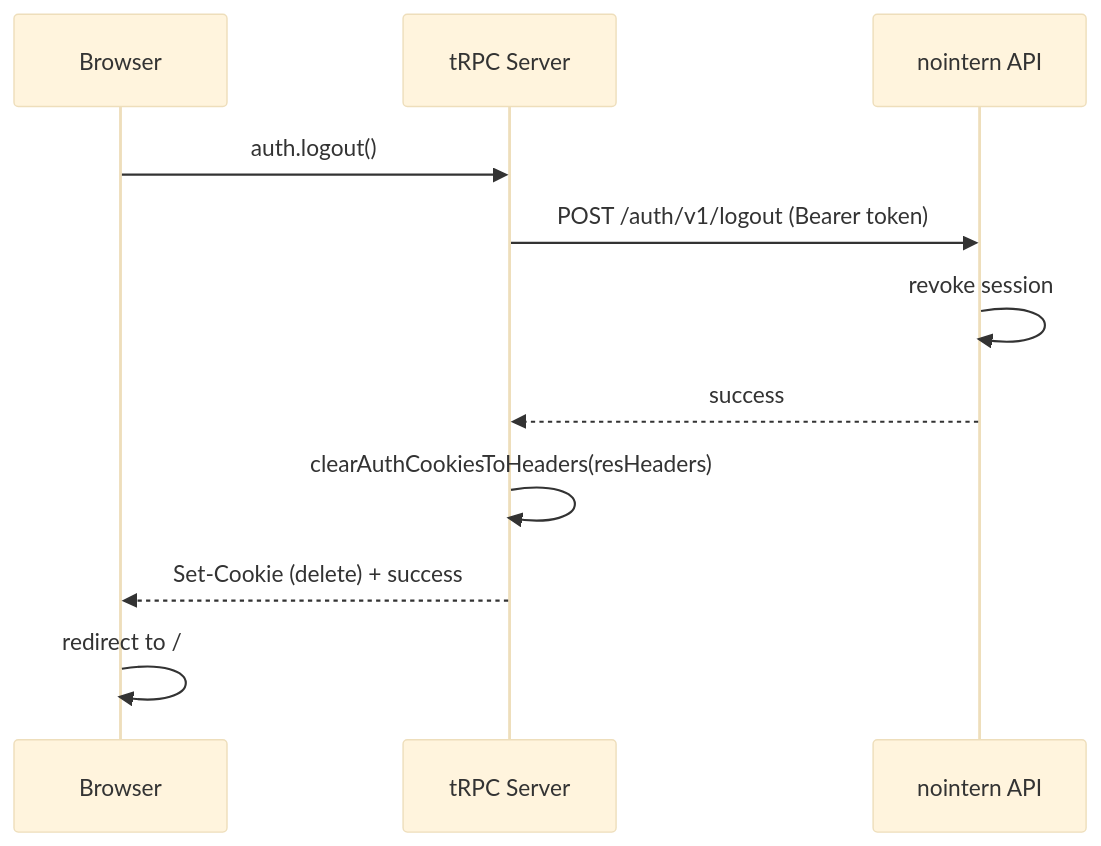
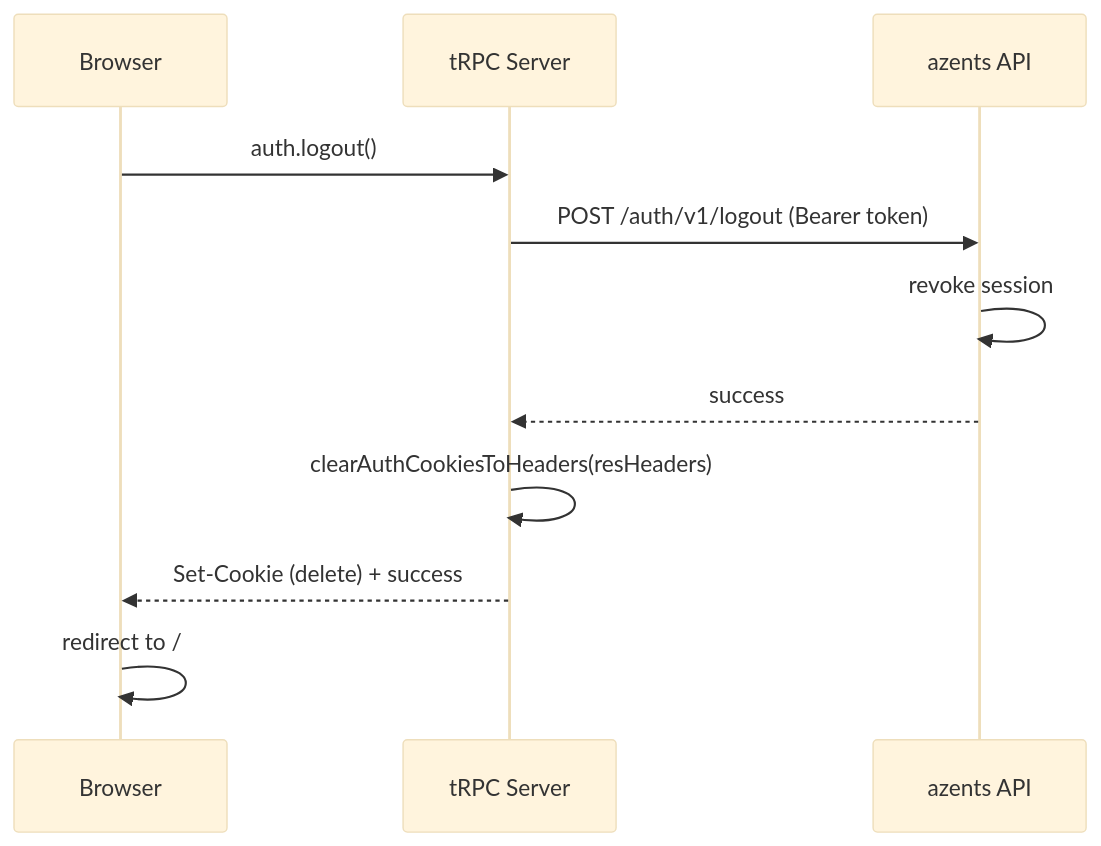
The eighth of 12 diagrams in docs/azents/design/authsnapshot-260219-auth.md (azents/azents), drawn with Mermaid (base theme) before and after one commit. The commit also changed other lines of this file and 245 other files, not shown here.

````diff
--- a/docs/azents/design/authsnapshot-260219-auth.md
+++ b/docs/azents/design/authsnapshot-260219-auth.md
@@ -251,14 +251,14 @@
 ```mermaid
 sequenceDiagram
     participant Browser as Browser
     participant tRPC as tRPC Server
-    participant API as nointern API
+    participant API as azents API
 
     Browser->>tRPC: auth.logout()
     tRPC->>API: POST /auth/v1/logout (Bearer token)
     API->>API: revoke session
     API-->>tRPC: success
     tRPC->>tRPC: clearAuthCookiesToHeaders(resHeaders)
     tRPC-->>Browser: Set-Cookie (delete) + success
     Browser->>Browser: redirect to /
 ```
````
